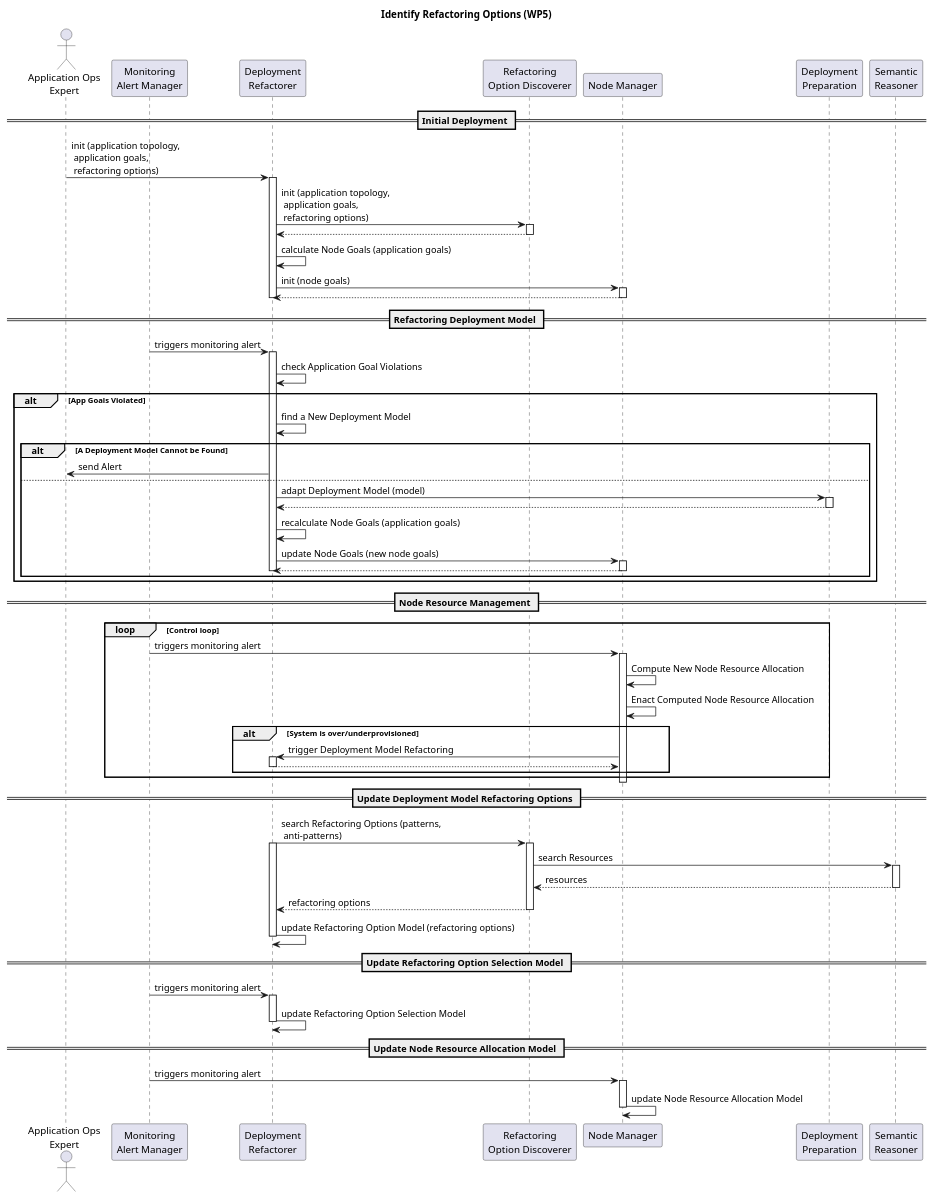
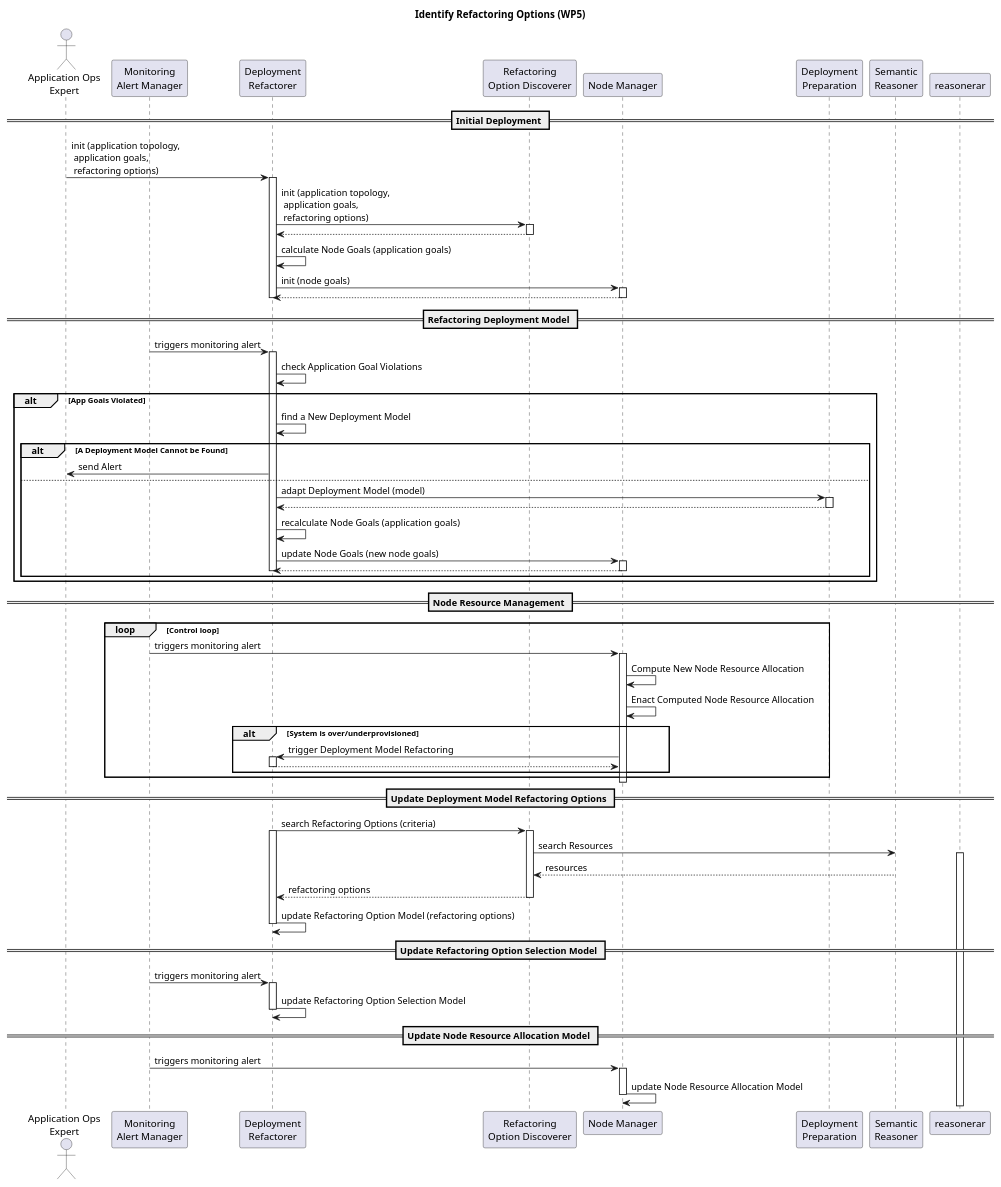
One commit to SODALITE-EU/project-wide-documentation changed the diagram in uml/sequence-diagrams/UC-09-IdentifyRefactoringOptions-WP5.puml. Above: the diagram before and after it, drawn with PlantUML.

Commit message:
Update UC-09-IdentifyRefactoringOptions-WP5.puml
Updated UC09

```diff
--- a/uml/sequence-diagrams/UC-09-IdentifyRefactoringOptions-WP5.puml
+++ b/uml/sequence-diagrams/UC-09-IdentifyRefactoringOptions-WP5.puml
@@ -1,93 +1,93 @@
 @startuml
 title Identify Refactoring Options (WP5)
 
 actor "Application Ops\nExpert" as ops
 participant “Monitoring\nAlert Manager” as ma
 participant “Deployment\nRefactorer” as dr
 participant “Refactoring\nOption Discoverer” as rof
 participant “Node Manager” as nm
 participant “Deployment\nPreparation” as orch
 participant "Semantic\nReasoner" as reasoner
 
 == Initial Deployment ==
 
 ops -> dr: init (application topology,\n application goals,\n refactoring options)
 activate dr
 dr -> rof: init (application topology,\n application goals,\n refactoring options)
 activate rof
 rof --> dr
 deactivate rof
 dr -> dr: calculate Node Goals (application goals)
 dr -> nm: init (node goals)
 activate nm
 nm --> dr
 deactivate nm
 deactivate dr
 
 == Refactoring Deployment Model ==
 ma-> dr: triggers monitoring alert
 activate dr
 dr -> dr : check Application Goal Violations
 alt App Goals Violated
 dr -> dr: find a New Deployment Model
    alt A Deployment Model Cannot be Found
        dr -> ops: send Alert
    else
        'dr-> dr: generate Adaptation Plan (\ncurrent model, new model)
        dr -> orch: adapt Deployment Model (model)
        activate orch
        'orch->orch: enact Adaptation Plan
        orch --> dr
        deactivate orch
        dr -> dr: recalculate Node Goals (application goals)
        dr -> nm: update Node Goals (new node goals)
        activate nm
        nm --> dr
        deactivate nm
        deactivate dr
    end
 end
 
 == Node Resource Management ==
 
 loop Control loop
 ma-> nm: triggers monitoring alert
 activate nm
 nm -> nm: Compute New Node Resource Allocation
    nm -> nm: Enact Computed Node Resource Allocation
    alt  System is over/underprovisioned
        nm -> dr: trigger Deployment Model Refactoring
        activate dr
        dr --> nm:
        deactivate dr
    end
 end
 deactivate nm
 
 == Update Deployment Model Refactoring Options ==
 
-dr -> rof: search Refactoring Options (patterns,\n anti-patterns)
+dr -> rof: search Refactoring Options (criteria)
 activate dr
 activate rof
 rof -> reasoner: search Resources
-activate reasoner
+activate reasonerar
 reasoner --> rof: resources
 deactivate reasoner
 rof --> dr:  refactoring options
 deactivate rof
 dr -> dr: update Refactoring Option Model (refactoring options)
 deactivate dr
 
 == Update Refactoring Option Selection Model ==
 ma-> dr: triggers monitoring alert
 activate dr
 dr -> dr: update Refactoring Option Selection Model
 
 deactivate dr
 
 == Update Node Resource Allocation Model ==
 ma-> nm: triggers monitoring alert
 activate nm
 nm -> nm: update Node Resource Allocation Model
 deactivate nm
 @enduml
```
